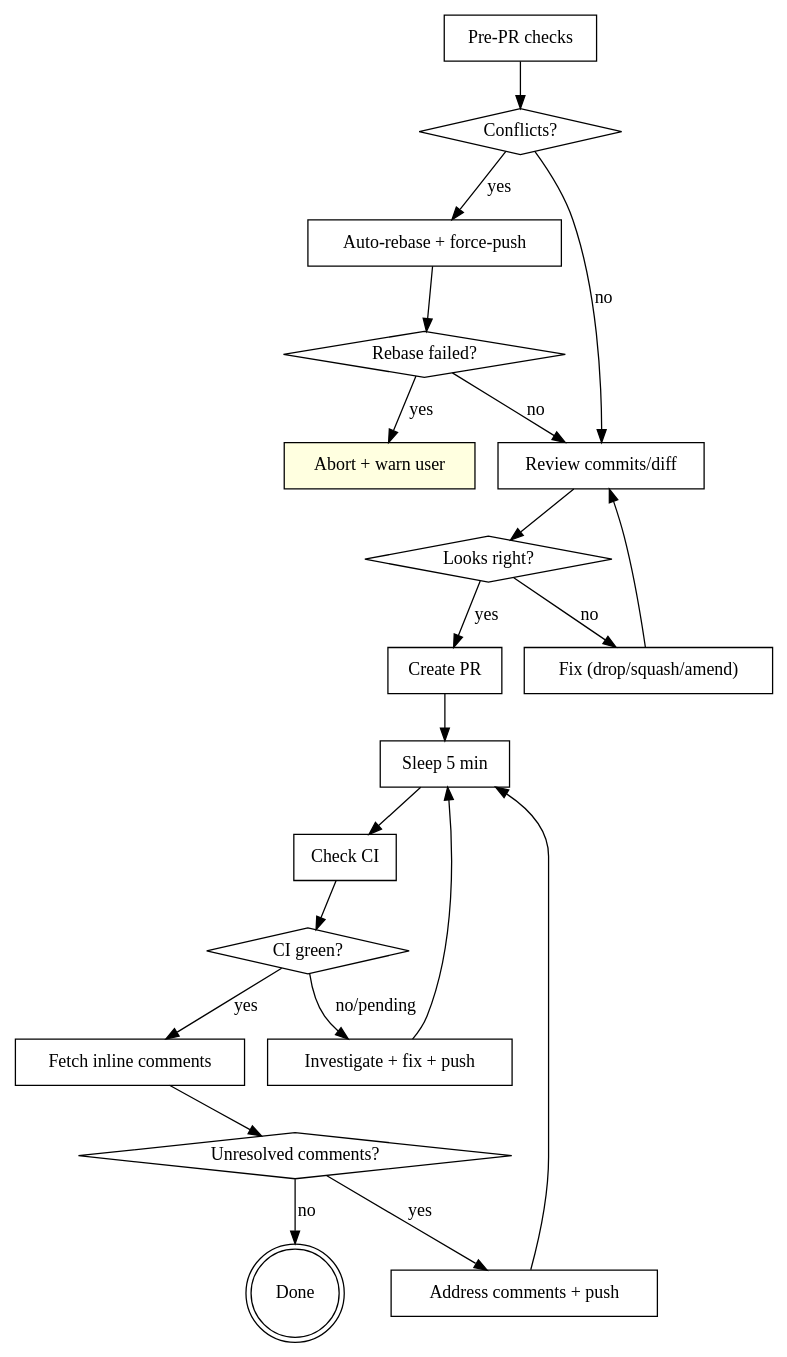
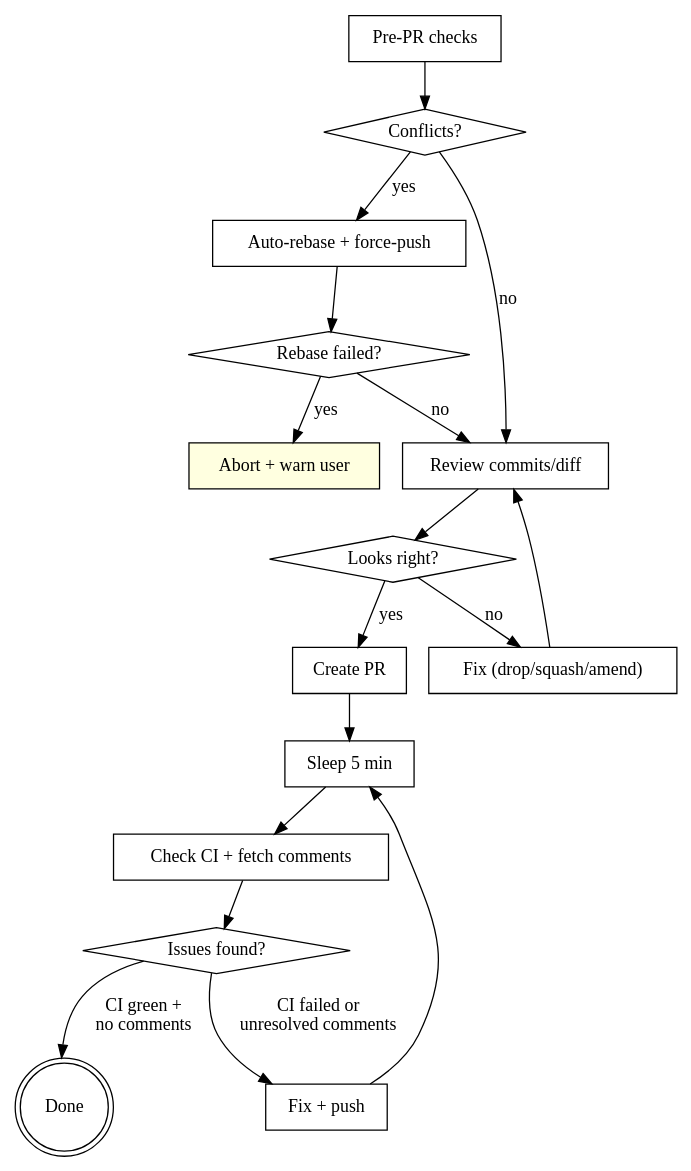
One commit to johnnymo87/workstation changed the diagram in assets/opencode/skills/creating-pull-requests/SKILL.md. Above: the diagram before and after it, drawn with Graphviz. The commit also changed other lines of this file, not shown here.

First line of the commit message:
Fix post-PR monitoring to check CI and comments in parallel

````diff
--- a/assets/opencode/skills/creating-pull-requests/SKILL.md
+++ b/assets/opencode/skills/creating-pull-requests/SKILL.md
@@ -10,43 +10,36 @@
 ```dot
 digraph pr_lifecycle {
     rankdir=TB;
     "Pre-PR checks" [shape=box];
     "Conflicts?" [shape=diamond];
     "Auto-rebase + force-push" [shape=box];
     "Rebase failed?" [shape=diamond];
     "Abort + warn user" [shape=box, style=filled, fillcolor=lightyellow];
     "Review commits/diff" [shape=box];
     "Looks right?" [shape=diamond];
     "Fix (drop/squash/amend)" [shape=box];
     "Create PR" [shape=box];
     "Sleep 5 min" [shape=box];
-    "Check CI" [shape=box];
-    "CI green?" [shape=diamond];
-    "Investigate + fix + push" [shape=box];
-    "Fetch inline comments" [shape=box];
-    "Unresolved comments?" [shape=diamond];
-    "Address comments + push" [shape=box];
+    "Check CI + fetch comments" [shape=box];
+    "Issues found?" [shape=diamond];
+    "Fix + push" [shape=box];
     "Done" [shape=doublecircle];
 
     "Pre-PR checks" -> "Conflicts?";
     "Conflicts?" -> "Review commits/diff" [label="no"];
     "Conflicts?" -> "Auto-rebase + force-push" [label="yes"];
     "Auto-rebase + force-push" -> "Rebase failed?";
     "Rebase failed?" -> "Review commits/diff" [label="no"];
     "Rebase failed?" -> "Abort + warn user" [label="yes"];
     "Review commits/diff" -> "Looks right?";
     "Looks right?" -> "Create PR" [label="yes"];
     "Looks right?" -> "Fix (drop/squash/amend)" [label="no"];
     "Fix (drop/squash/amend)" -> "Review commits/diff";
     "Create PR" -> "Sleep 5 min";
-    "Sleep 5 min" -> "Check CI";
-    "Check CI" -> "CI green?";
-    "CI green?" -> "Fetch inline comments" [label="yes"];
-    "CI green?" -> "Investigate + fix + push" [label="no/pending"];
-    "Investigate + fix + push" -> "Sleep 5 min";
-    "Fetch inline comments" -> "Unresolved comments?";
-    "Unresolved comments?" -> "Done" [label="no"];
-    "Unresolved comments?" -> "Address comments + push" [label="yes"];
-    "Address comments + push" -> "Sleep 5 min";
+    "Sleep 5 min" -> "Check CI + fetch comments";
+    "Check CI + fetch comments" -> "Issues found?";
+    "Issues found?" -> "Done" [label="CI green +\nno comments"];
+    "Issues found?" -> "Fix + push" [label="CI failed or\nunresolved comments"];
+    "Fix + push" -> "Sleep 5 min";
 }
 ```
````
